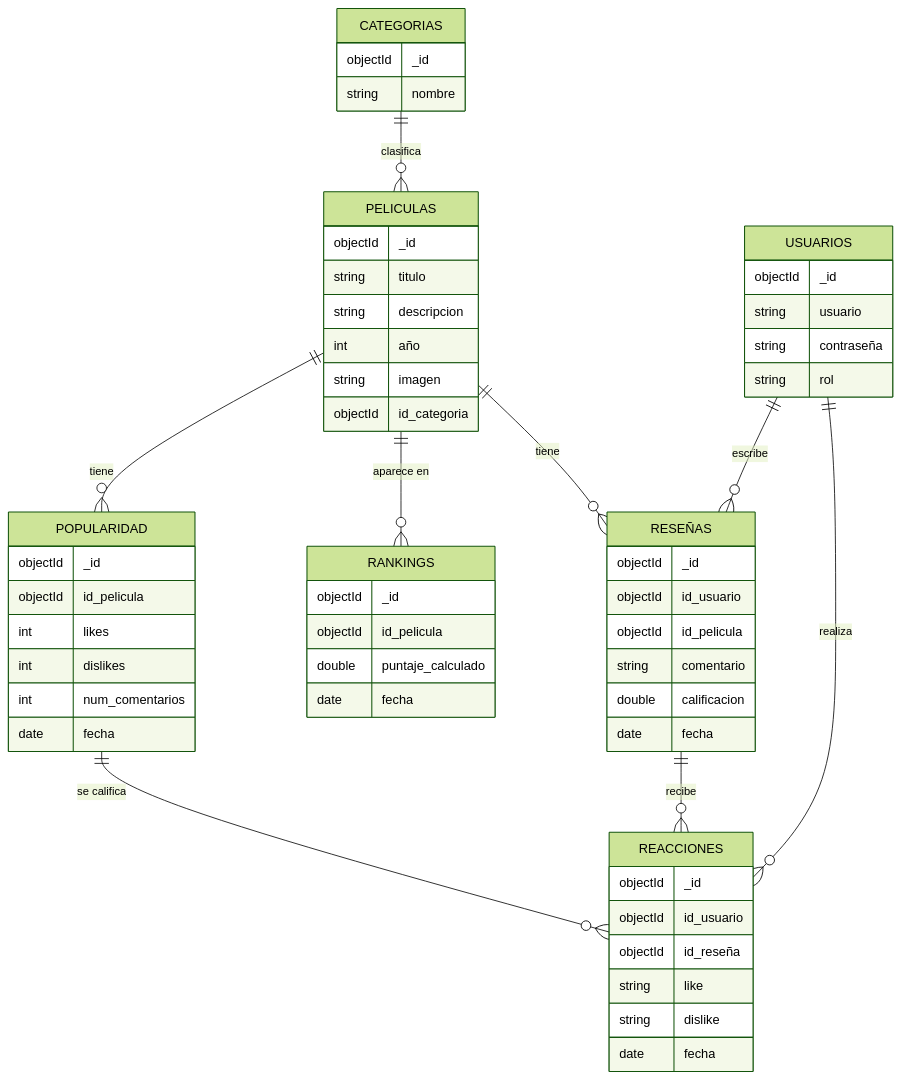
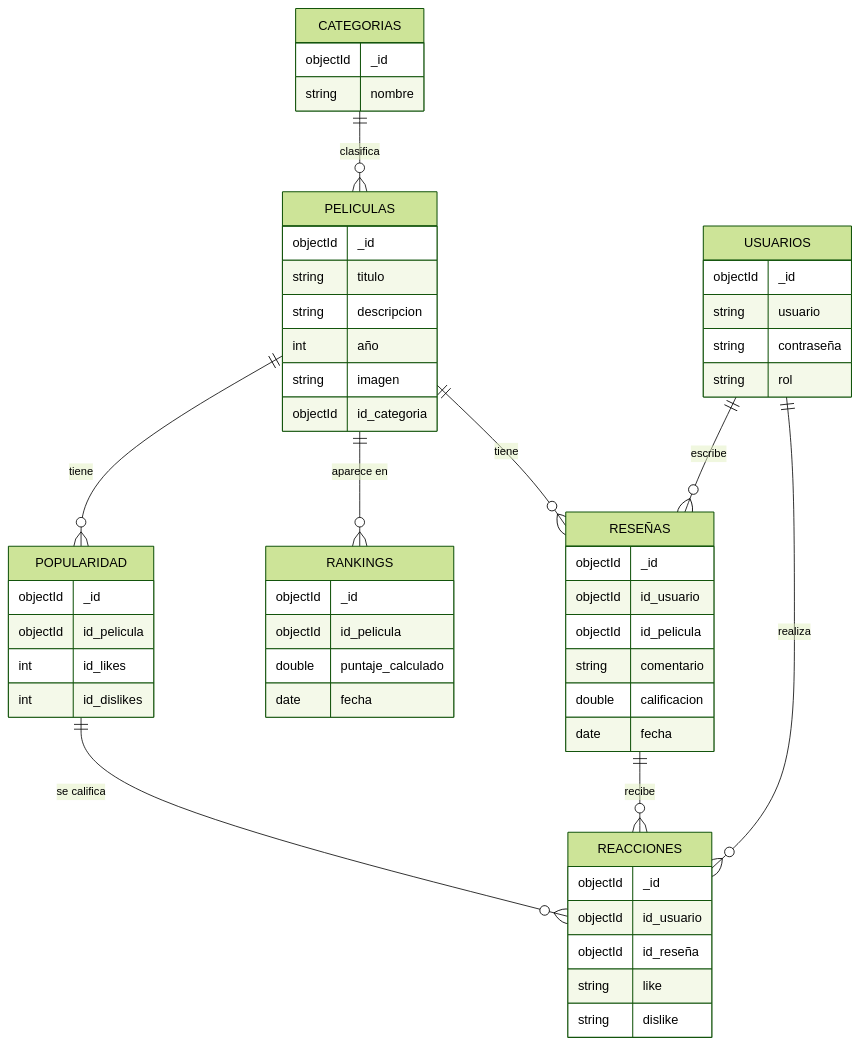
One commit to Sarasofia1214/Proyecto_Express_BackEnd_DiazSara_SaavedraMaria changed the fifth of 5 diagrams in mongoDB.md. Above: the diagram before and after it, drawn with Mermaid (forest theme). The commit also changed 8 other files, not shown here.

````diff
--- a/mongoDB.md
+++ b/mongoDB.md
@@ -533,68 +533,66 @@
 ```mermaid
 erDiagram
     USUARIOS {
         objectId _id
         string usuario
         string contraseña
         string rol
     }
 
     CATEGORIAS {
         objectId _id
         string nombre
     }
 
     PELICULAS {
         objectId _id
         string titulo
         string descripcion
         int año
         string imagen
         objectId id_categoria
     }
 
     RESEÑAS {
         objectId _id
         objectId id_usuario
         objectId id_pelicula
         string comentario
         double calificacion
         date fecha
     }
 
     REACCIONES {
         objectId _id
         objectId id_usuario
         objectId id_reseña
         string like
         string dislike
-        date fecha
+    
     }
 
     RANKINGS {
         objectId _id
         objectId id_pelicula
         double puntaje_calculado
         date fecha
     }
 
     POPULARIDAD {
         objectId _id
         objectId id_pelicula
-        int likes
-        int dislikes
-        int num_comentarios
-        date fecha
+        int id_likes
+        int id_dislikes
     }
 
     %% Relaciones
     USUARIOS ||--o{ RESEÑAS : "escribe"
     PELICULAS ||--o{ RESEÑAS : "tiene"
     CATEGORIAS ||--o{ PELICULAS : "clasifica"
     USUARIOS ||--o{ REACCIONES : "realiza"
     RESEÑAS ||--o{ REACCIONES : "recibe"
     PELICULAS ||--o{ RANKINGS : "aparece en"
     PELICULAS ||--o{ POPULARIDAD : "tiene"
     POPULARIDAD ||--o{ REACCIONES : "se califica"
 
 ```
````
